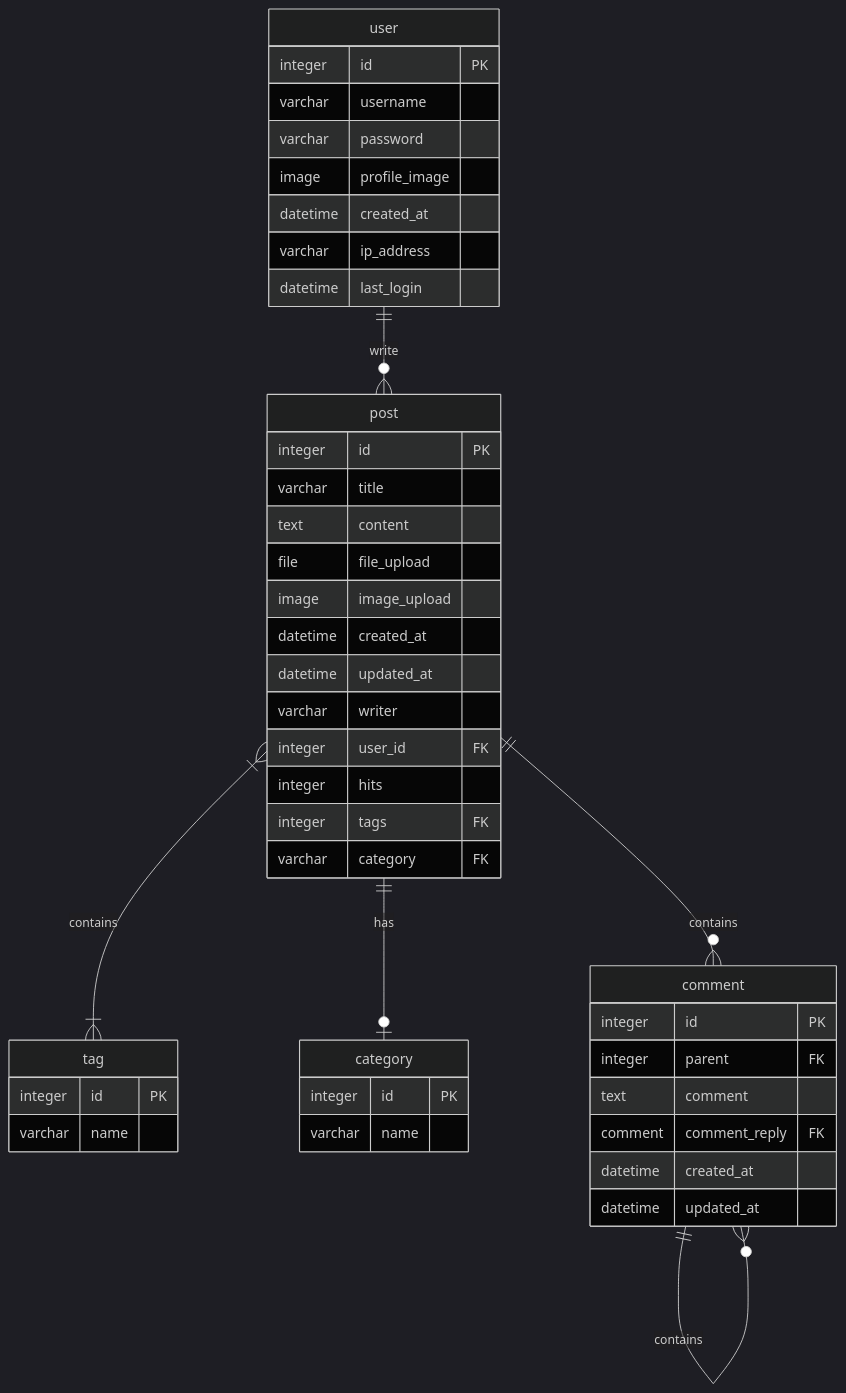
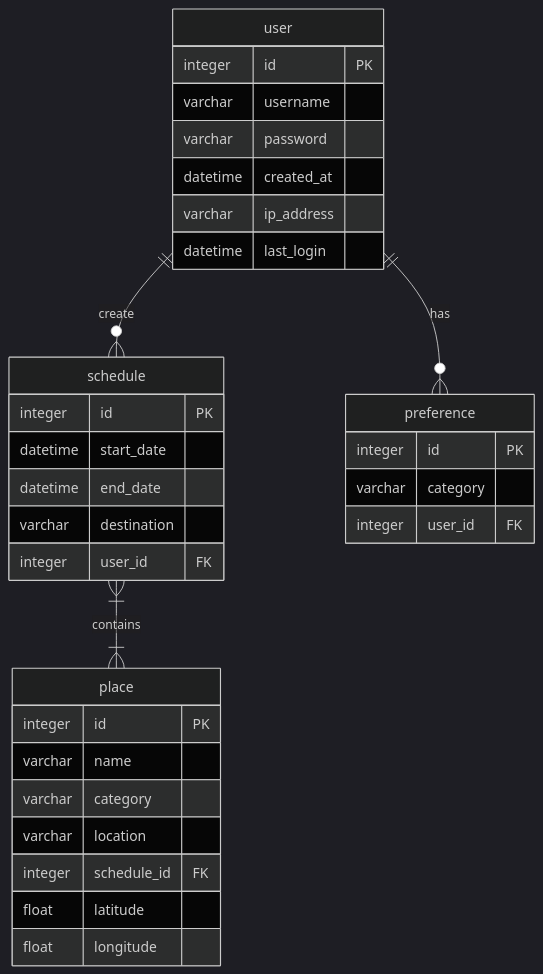
One commit to eileen-2/whaleride.github.io changed the third of 8 diagrams in README.md. Above: the diagram before and after it, drawn with Mermaid (dark theme). The commit also changed other lines of this file and 24 other files, not shown here.

````diff
--- a/README.md
+++ b/README.md
@@ -437,50 +411,36 @@
 ```mermaid
 erDiagram
-    user ||--o{ post : write
+    user ||--o{ schedule : create
+    user ||--o{ preference : has
     user {
       integer id PK
       varchar username
       varchar password
-      image profile_image
       datetime created_at
       varchar ip_address
       datetime last_login
     }
-    post }|--|{ tag : contains
-    post ||--o| category : has
-    post {
+    schedule }|--|{ place : contains
+    schedule {
       integer id PK
-      varchar title
-      text content
-      file file_upload
-      image image_upload
-      datetime created_at
-      datetime updated_at
-      varchar writer
+      datetime start_date
+      datetime end_date
+      varchar destination
       integer user_id FK
-      integer hits
-      integer tags FK
-      varchar category FK
     }
-    post ||--o{ comment : contains
-    comment ||--o{ comment : contains
-    comment {
-      integer id PK
-      integer parent FK
-      text comment
-      comment comment_reply FK
-      datetime created_at
-      datetime updated_at
-    }
-    
-    tag {
+    place {
       integer id PK
       varchar name
+      varchar category
+      varchar location
+      integer schedule_id FK
+      float latitude
+      float longitude
     }
-    
-    
-    category {
+    preference {
       integer id PK
-      varchar name
+      varchar category
+      integer user_id FK
     }
+
 ```
````
